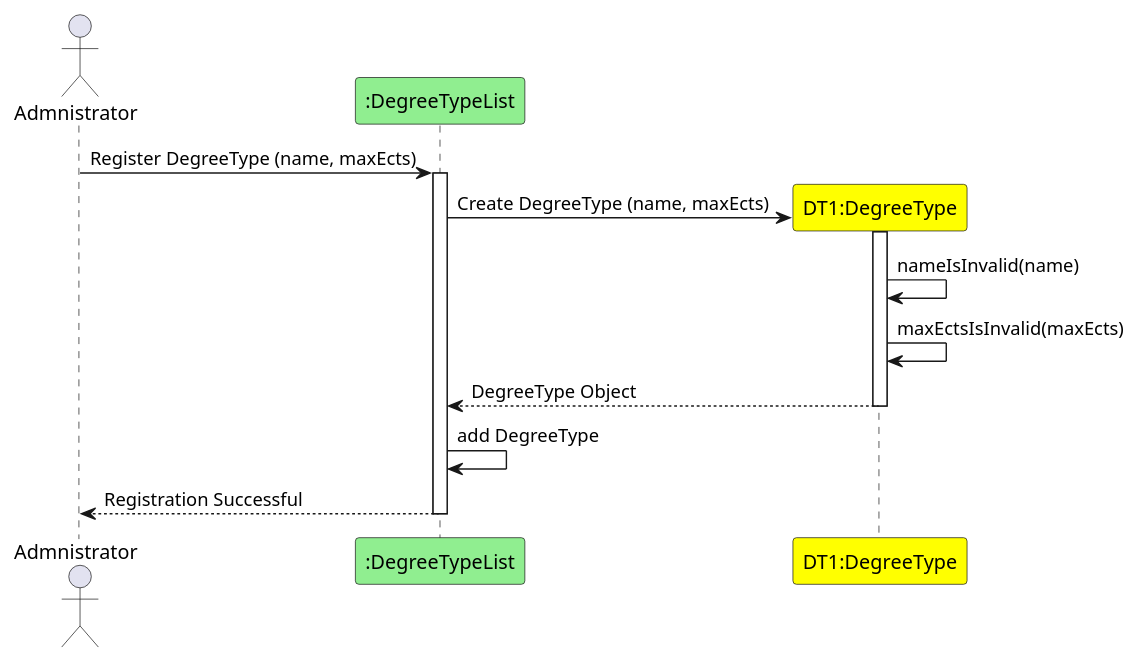
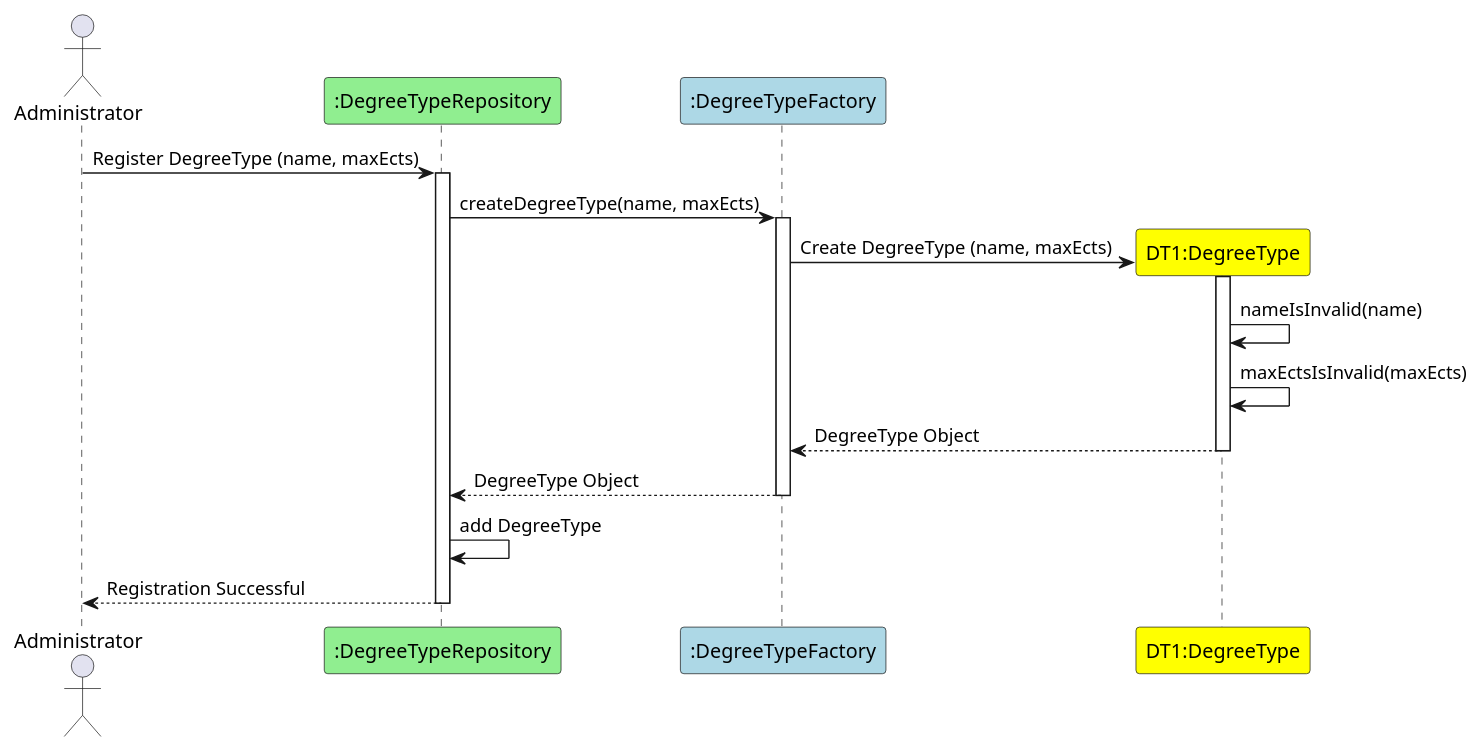
The diagram in docs/US10/US10_ConfigureDegreeTypeInSystemSD.puml (GasparISEP/DevOps-PAI), drawn with PlantUML before and after one commit. The commit also changed 1 other file, not shown here.

Commit message:
Update US10 Class Diagram and Sequence Diagram with factory classes.

```diff
--- a/docs/US10/US10_ConfigureDegreeTypeInSystemSD.puml
+++ b/docs/US10/US10_ConfigureDegreeTypeInSystemSD.puml
@@ -1,17 +1,22 @@
 @startuml
-actor Admnistrator as Adm
-participant ":DegreeTypeList" as DTL #lightgreen
+actor Administrator as Adm
+participant ":DegreeTypeRepository" as DTR #lightgreen
+participant ":DegreeTypeFactory" as DTF #lightblue
 
-Adm -> DTL : Register DegreeType (name, maxEcts)
-activate DTL
+Adm -> DTR : Register DegreeType (name, maxEcts)
+activate DTR
+DTR -> DTF : createDegreeType(name, maxEcts)
+activate DTF
 create "DT1:DegreeType" as DT #yellow
-DTL -> DT : Create DegreeType (name, maxEcts)
+DTF -> DT : Create DegreeType (name, maxEcts)
 activate DT
 DT -> DT : nameIsInvalid(name)
 DT -> DT : maxEctsIsInvalid(maxEcts)
-DT --> DTL : DegreeType Object
+DT --> DTF : DegreeType Object
 deactivate DT
-DTL -> DTL : add DegreeType
-DTL --> Adm : Registration Successful
-deactivate DTL
+DTF --> DTR : DegreeType Object
+deactivate DTF
+DTR -> DTR : add DegreeType
+DTR --> Adm : Registration Successful
+deactivate DTR
 @enduml
```
